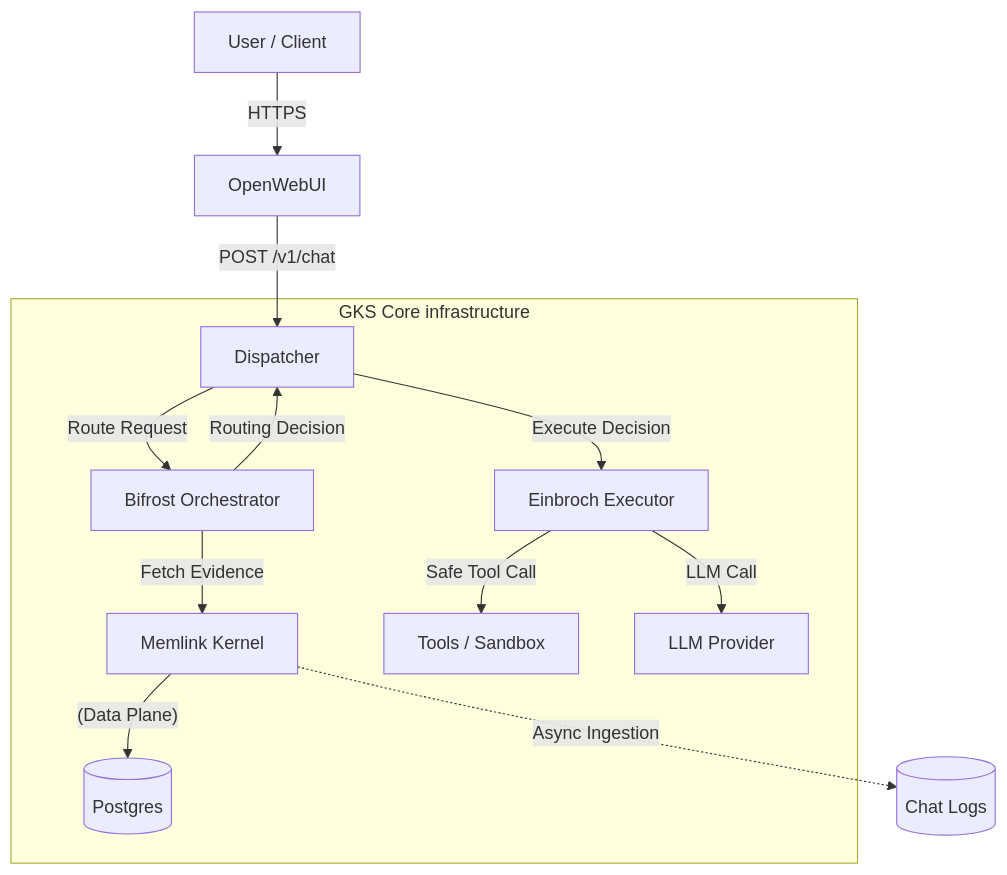
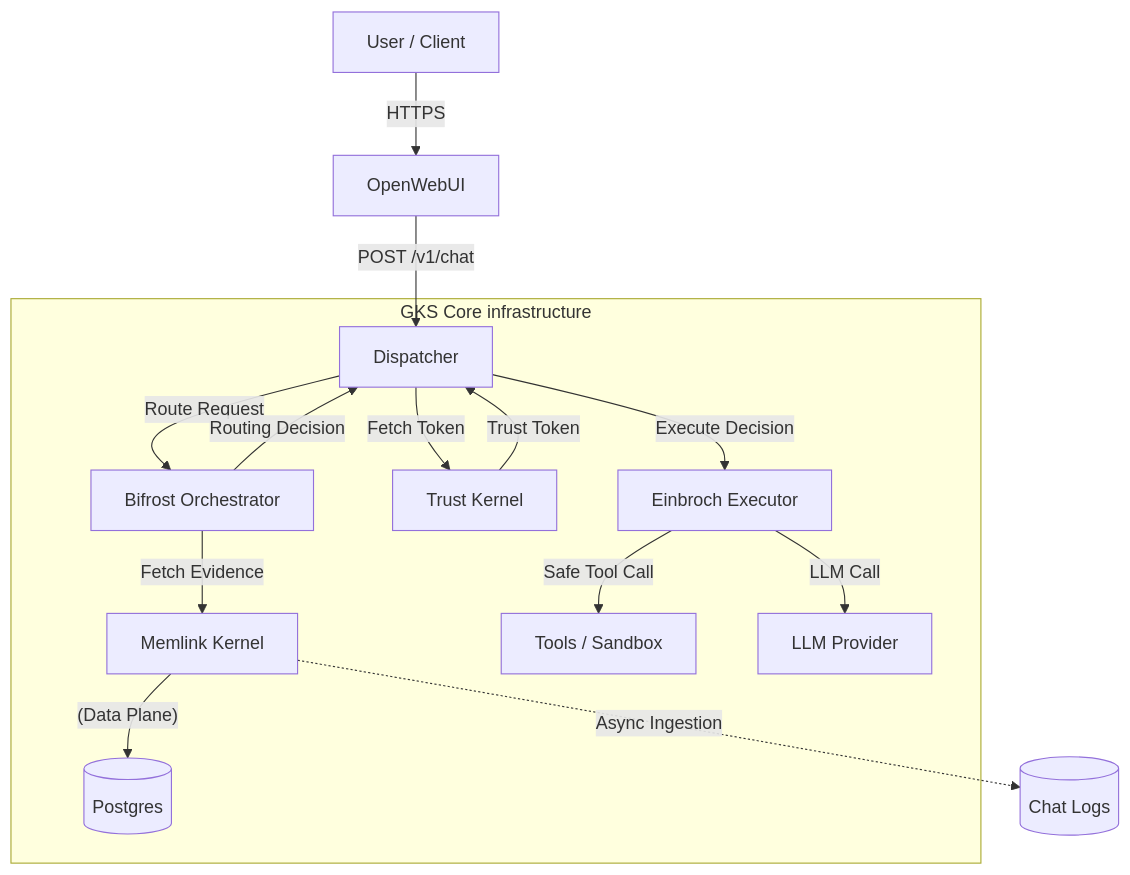
Before and after one commit to mareekkk/gks-docs: the diagram in architecture/overview.md, drawn with Mermaid. The commit also changed other lines of this file and 5 other files, not shown here.

````diff
--- a/architecture/overview.md
+++ b/architecture/overview.md
@@ -33,19 +38,21 @@
 ```mermaid
 graph TD
     User[User / Client] -->|HTTPS| Web[OpenWebUI]
     Web -->|POST /v1/chat| Gateway[Dispatcher]
     
     subgraph "GKS Core infrastructure"
         Gateway -->|Route Request| Bifrost[Bifrost Orchestrator]
+        Gateway -->|Fetch Token| Trust[Trust Kernel]
+        Trust -->|Trust Token| Gateway
         Bifrost -->|Fetch Evidence| Memlink[Memlink Kernel]
         Memlink --"(Data Plane)"--> DB[(Postgres)]
         
         Bifrost -->|Routing Decision| Gateway
         Gateway -->|Execute Decision| Executor[Einbroch Executor]
         
         Executor -->|Safe Tool Call| Tools[Tools / Sandbox]
         Executor -->|LLM Call| LLM[LLM Provider]
     end
     
     Memlink -.->|Async Ingestion| WebDB[(Chat Logs)]
 ```
````
